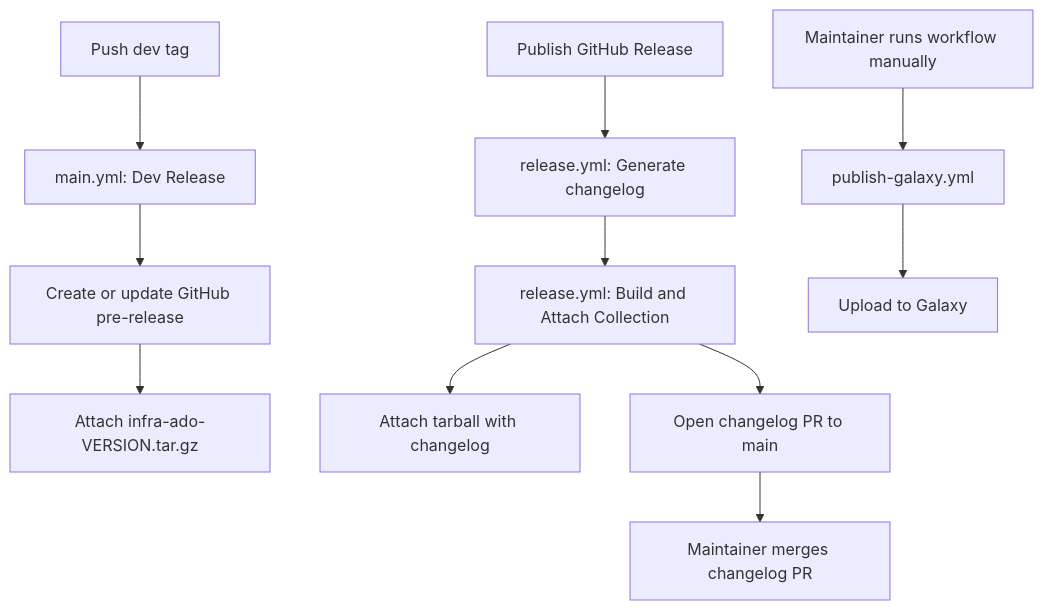
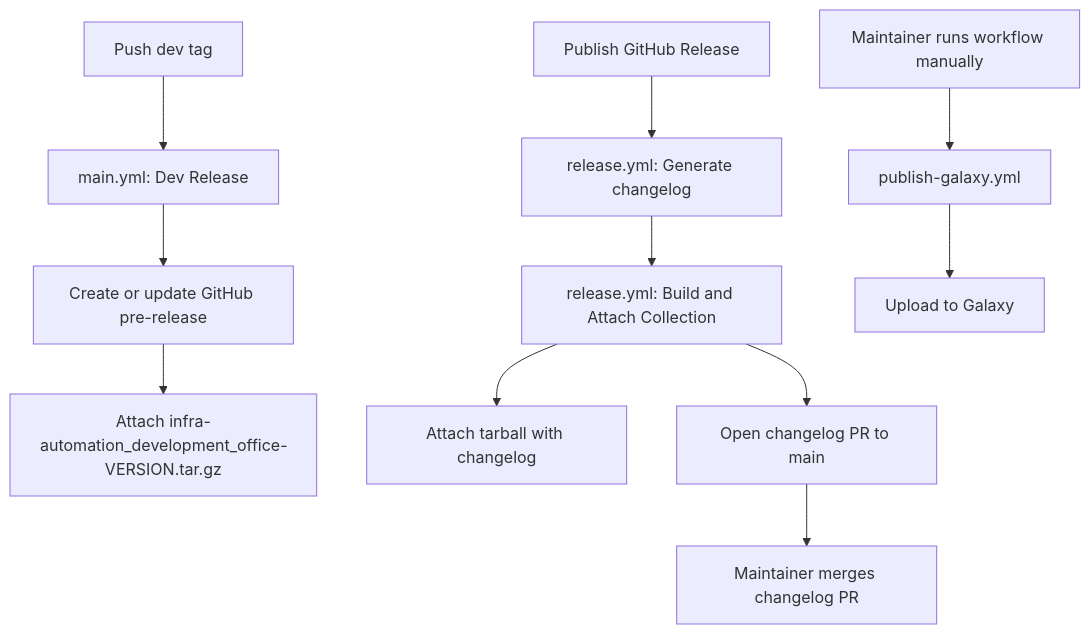
Before and after one commit to redhat-cop/infra.automation-development-office: the second of 2 diagrams in .github/Developers _Guide.md, drawn with Mermaid. The commit also changed other lines of this file and 459 other files, not shown here.

First line of the commit message:
Update remaining infra.ado references to infra.automation_development_office

````diff
--- a/.github/Developers _Guide.md
+++ b/.github/Developers _Guide.md
@@ -627,15 +627,15 @@
 ```mermaid
 flowchart TD
   devTag[Push dev tag] --> devJob[main.yml: Dev Release]
   devJob --> preRelease[Create or update GitHub pre-release]
-  preRelease --> devAsset[Attach infra-ado-VERSION.tar.gz]
+  preRelease --> devAsset[Attach infra-automation_development_office-VERSION.tar.gz]
 
   publishRelease[Publish GitHub Release] --> changelogJob[release.yml: Generate changelog]
   changelogJob --> assetJob[release.yml: Build and Attach Collection]
   assetJob --> officialAsset[Attach tarball with changelog]
   assetJob --> changelogPR[Open changelog PR to main]
   changelogPR --> mergePR[Maintainer merges changelog PR]
 
   manualGalaxy[Maintainer runs workflow manually] --> galaxyJob[publish-galaxy.yml]
   galaxyJob --> galaxy[Upload to Galaxy]
 ```
````
